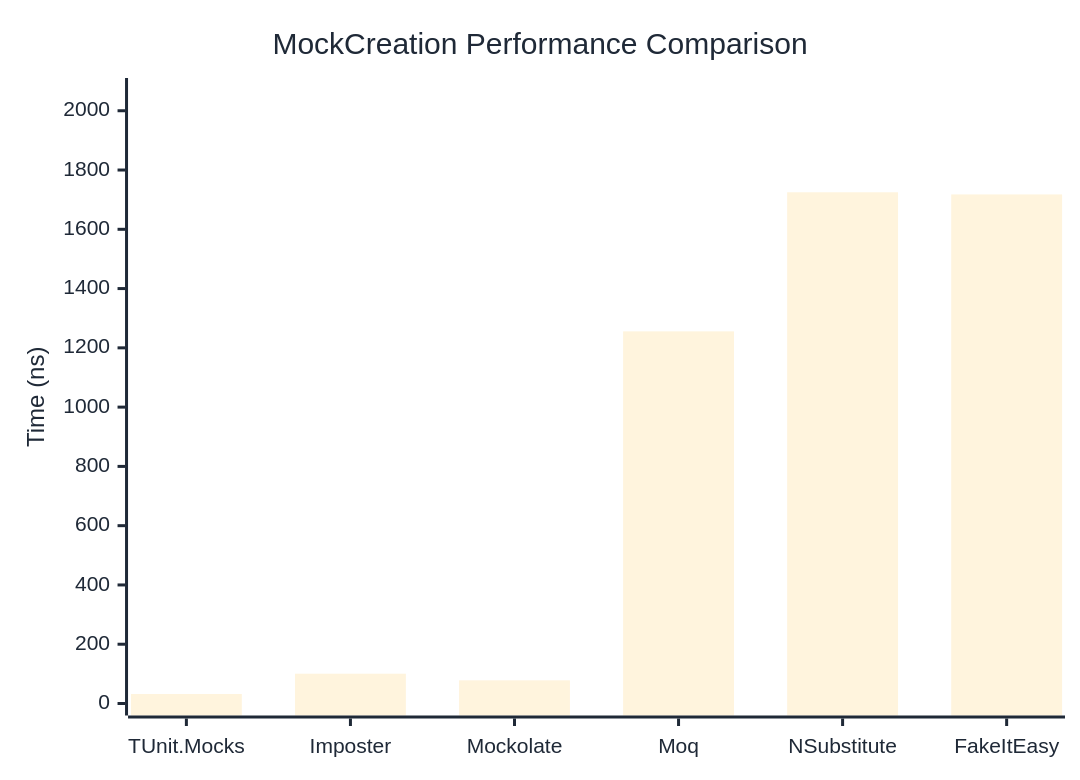
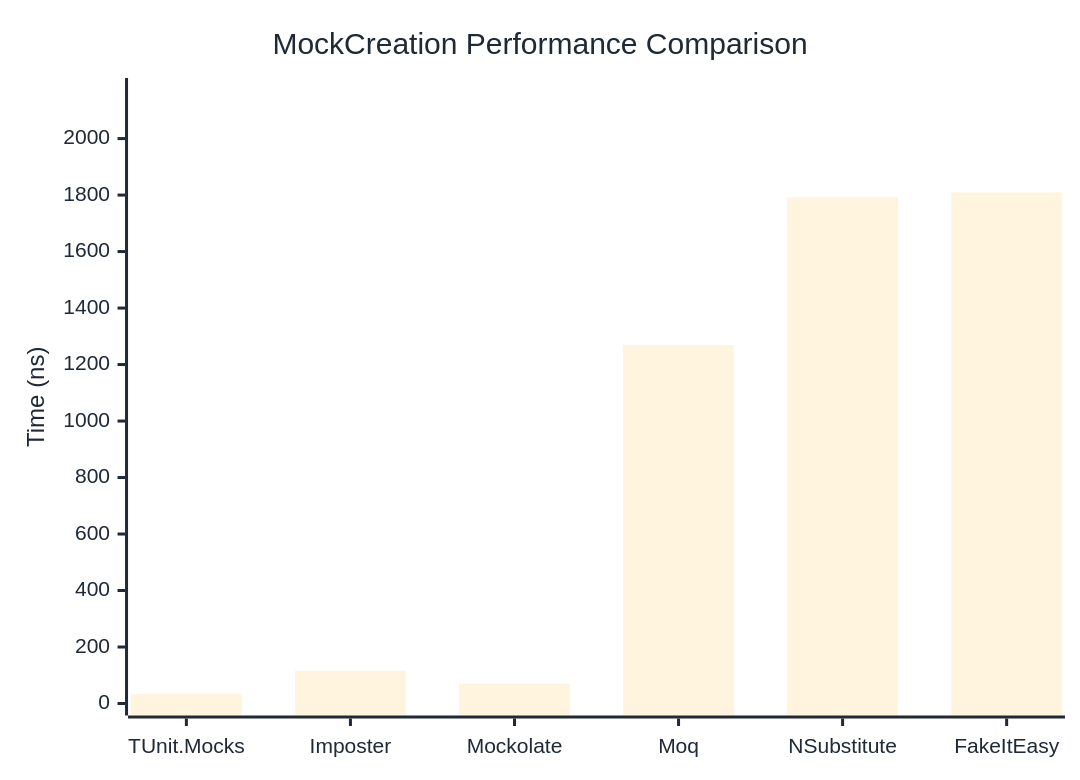
Before and after one commit to thomhurst/TUnit: the first of 2 diagrams in docs/docs/benchmarks/mocks/MockCreation.md, drawn with Mermaid. The commit also changed other lines of this file and 14 other files, not shown here.

````diff
--- a/docs/docs/benchmarks/mocks/MockCreation.md
+++ b/docs/docs/benchmarks/mocks/MockCreation.md
@@ -30,27 +30,27 @@
 ```mermaid
 %%{init: {
   'theme':'base',
   'themeVariables': {
     'primaryColor': '#2563eb',
     'primaryTextColor': '#1f2937',
     'primaryBorderColor': '#1e40af',
     'lineColor': '#6b7280',
     'secondaryColor': '#7c3aed',
     'tertiaryColor': '#dc2626',
     'background': '#ffffff',
     'pie1': '#2563eb',
     'pie2': '#7c3aed',
     'pie3': '#dc2626',
     'pie4': '#f59e0b',
     'pie5': '#10b981',
     'pie6': '#06b6d4',
     'pie7': '#ec4899',
     'pie8': '#6366f1'
   }
 }}%%
 xychart-beta
   title "MockCreation Performance Comparison"
   x-axis ["TUnit.Mocks", "Imposter", "Mockolate", "Moq", "NSubstitute", "FakeItEasy"]
-  y-axis "Time (ns)" 0 --> 2070
-  bar [32.12, 100.54, 78.19, 1255.61, 1724.95, 1717.67]
+  y-axis "Time (ns)" 0 --> 2172
+  bar [33.12, 115.83, 70.04, 1268.78, 1792.73, 1809.35]
 ```
````
